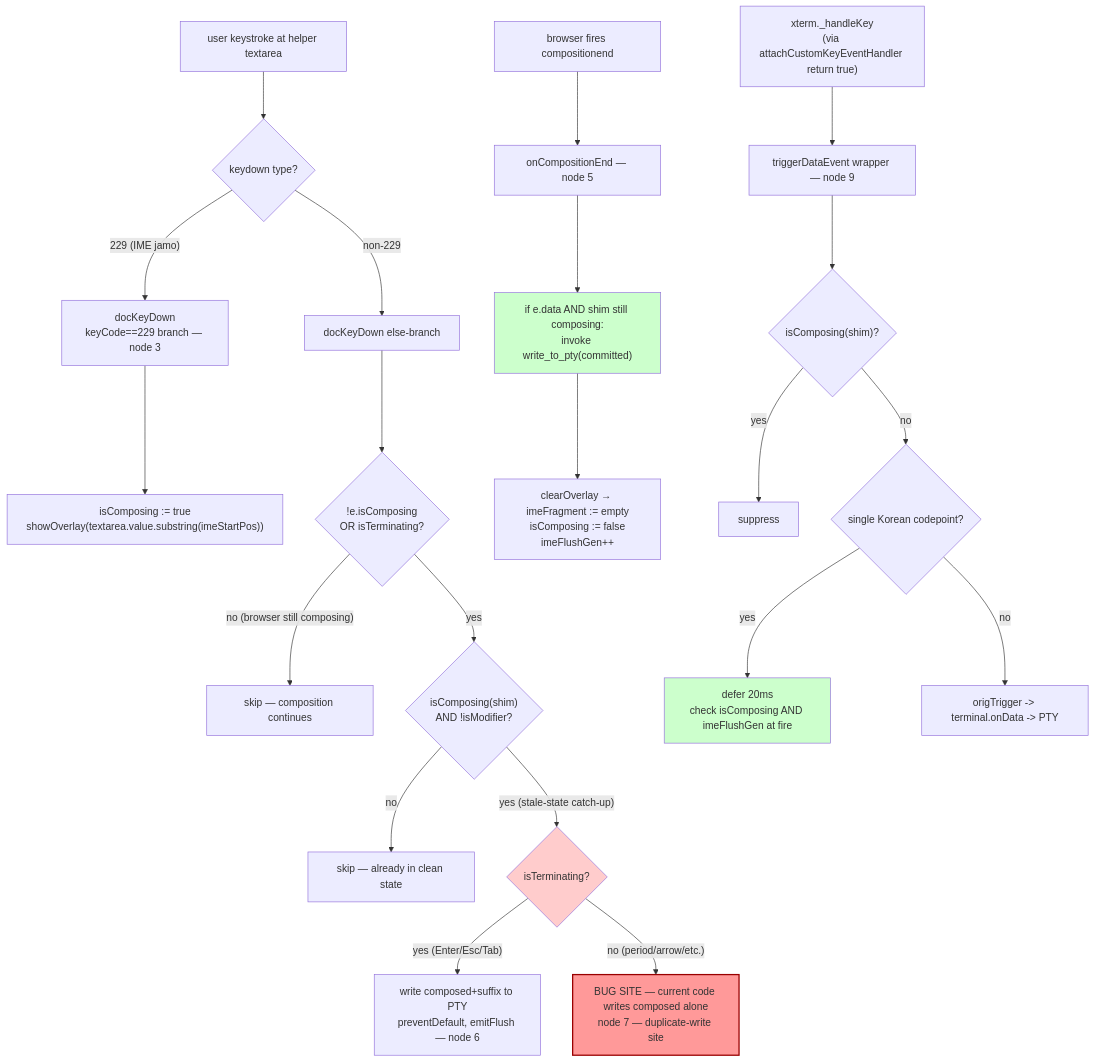
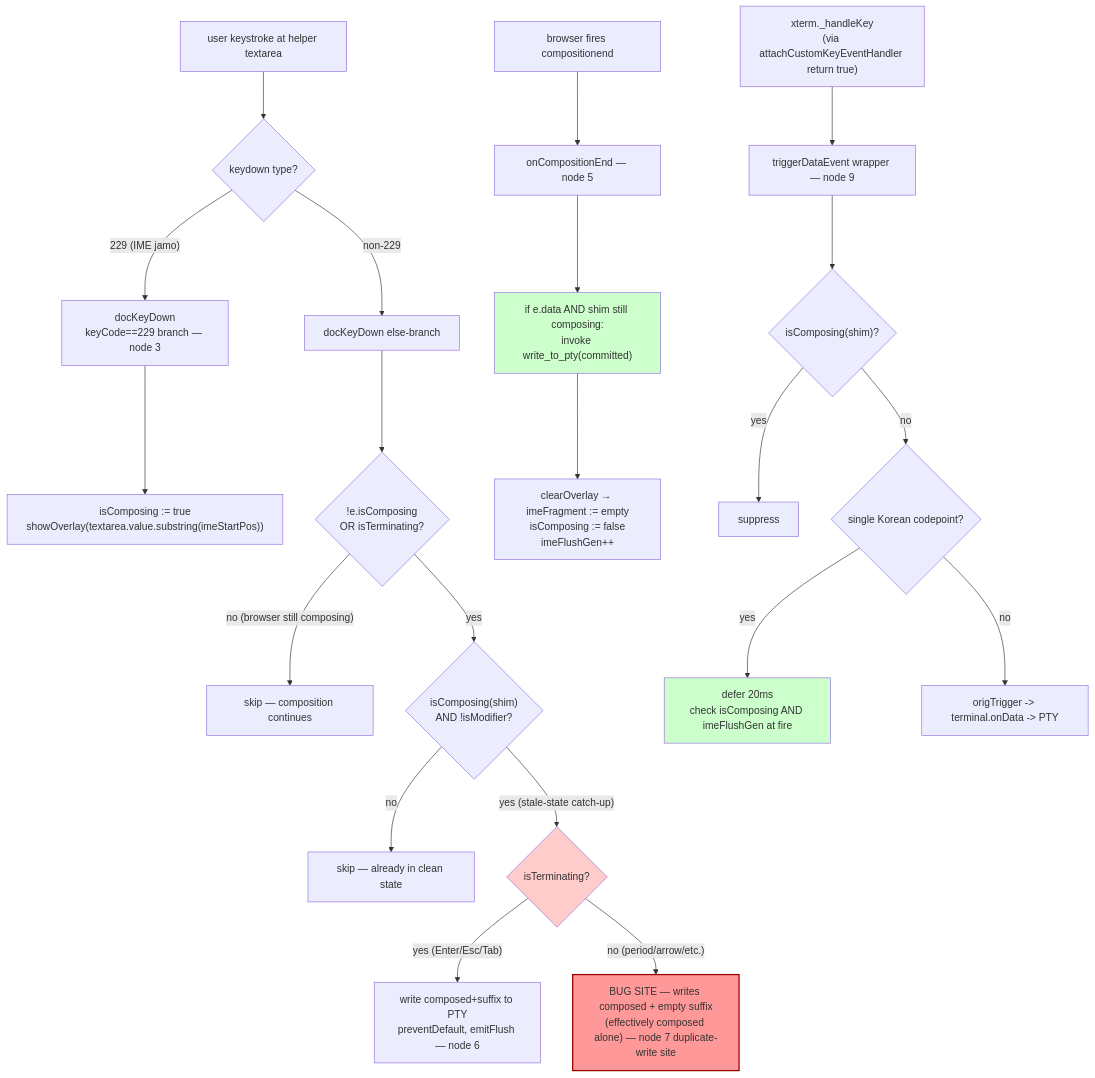
The diagram in plan.mmd (yes506/canvas-terminal), drawn with Mermaid before and after one commit. The commit also changed 1 other file, not shown here.

```diff
--- a/plan.mmd
+++ b/plan.mmd
@@ -1,30 +1,30 @@
 flowchart TD
     A["user keystroke at helper textarea"] --> B{"keydown type?"}
 
     B -- "229 (IME jamo)" --> C["docKeyDown<br/>keyCode==229 branch — node 3"]
     C --> C1["isComposing := true<br/>showOverlay(textarea.value.substring(imeStartPos))"]
 
     B -- "non-229" --> D["docKeyDown else-branch"]
     D --> D1{"!e.isComposing<br/>OR isTerminating?"}
     D1 -- "no (browser still composing)" --> Dskip["skip — composition continues"]
     D1 -- "yes" --> E{"isComposing(shim)<br/>AND !isModifier?"}
     E -- "no" --> Eskip["skip — already in clean state"]
     E -- "yes (stale-state catch-up)" --> F{"isTerminating?"}
     F -- "yes (Enter/Esc/Tab)" --> Fwrite["write composed+suffix to PTY<br/>preventDefault, emitFlush — node 6"]
-    F -- "no (period/arrow/etc.)" --> Bug["BUG SITE — current code writes composed alone<br/>node 7 — duplicate-write site"]
+    F -- "no (period/arrow/etc.)" --> Bug["BUG SITE — writes composed + empty suffix<br/>(effectively composed alone) — node 7 duplicate-write site"]
 
     G["browser fires compositionend"] --> H["onCompositionEnd — node 5"]
     H --> H1["if e.data AND shim still composing:<br/>invoke write_to_pty(committed)"]
     H1 --> H2["clearOverlay → imeFragment := empty<br/>isComposing := false<br/>imeFlushGen++"]
 
     I["xterm._handleKey<br/>(via attachCustomKeyEventHandler return true)"] --> J["triggerDataEvent wrapper — node 9"]
     J --> J1{"isComposing(shim)?"}
     J1 -- "yes" --> Jsup["suppress"]
     J1 -- "no" --> J2{"single Korean codepoint?"}
     J2 -- "yes" --> Jdef["defer 20ms<br/>check isComposing AND imeFlushGen at fire"]
     J2 -- "no" --> Jpass["origTrigger -> terminal.onData -> PTY"]
 
     style Bug fill:#f99,stroke:#900,stroke-width:2px
     style F fill:#fcc
     style H1 fill:#cfc
     style Jdef fill:#cfc
```
